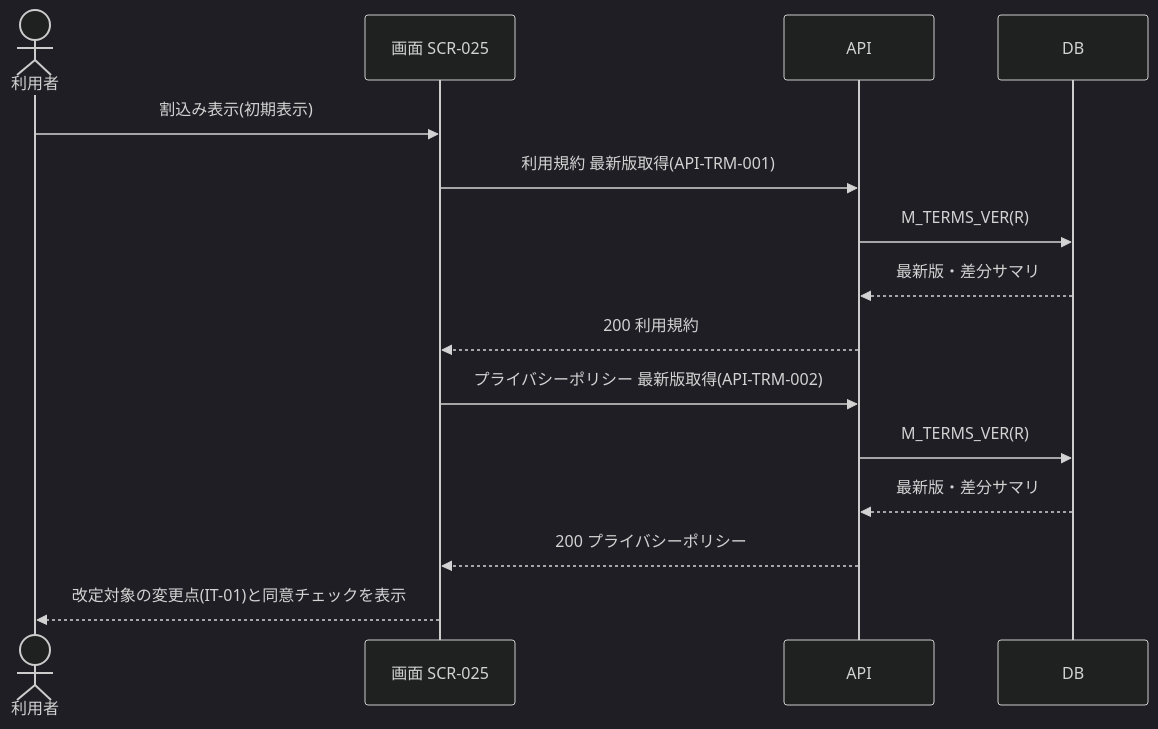
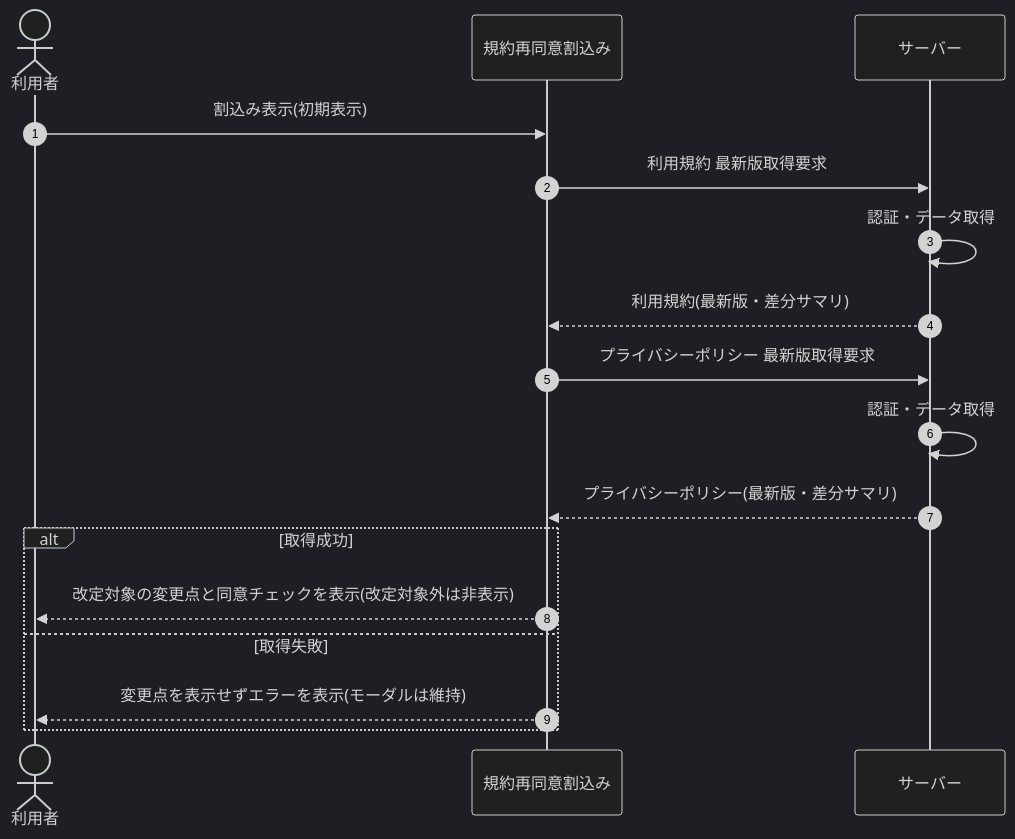
One commit to sikakou54/open-faq changed the diagram in 02_basic_design/05_sequences/SEQ-067.md. Above: the diagram before and after it, drawn with Mermaid (dark theme). The commit also changed other lines of this file and 108 other files, not shown here.

First line of the commit message:
基本設計: シーケンス図を基本設計粒度(ユーザー/画面/サーバー)へ再編成

````diff
--- a/02_basic_design/05_sequences/SEQ-067.md
+++ b/02_basic_design/05_sequences/SEQ-067.md
@@ -25,17 +32,19 @@
 ```mermaid
 sequenceDiagram
+  autonumber
   actor U as 利用者
-  participant S as 画面 SCR-025
-  participant API as API
-  participant DB as DB
-  U->>S: 割込み表示(初期表示)
-  S->>API: 利用規約 最新版取得(API-TRM-001)
-  API->>DB: M_TERMS_VER(R)
-  DB-->>API: 最新版・差分サマリ
-  API-->>S: 200 利用規約
-  S->>API: プライバシーポリシー 最新版取得(API-TRM-002)
-  API->>DB: M_TERMS_VER(R)
-  DB-->>API: 最新版・差分サマリ
-  API-->>S: 200 プライバシーポリシー
-  S-->>U: 改定対象の変更点(IT-01)と同意チェックを表示
+  participant Screen as 規約再同意割込み
+  participant Server as サーバー
+  U->>Screen: 割込み表示(初期表示)
+  Screen->>Server: 利用規約 最新版取得要求
+  Server->>Server: 認証・データ取得
+  Server-->>Screen: 利用規約(最新版・差分サマリ)
+  Screen->>Server: プライバシーポリシー 最新版取得要求
+  Server->>Server: 認証・データ取得
+  Server-->>Screen: プライバシーポリシー(最新版・差分サマリ)
+  alt 取得成功
+    Screen-->>U: 改定対象の変更点と同意チェックを表示(改定対象外は非表示)
+  else 取得失敗
+    Screen-->>U: 変更点を表示せずエラーを表示(モーダルは維持)
+  end
 ```
````
